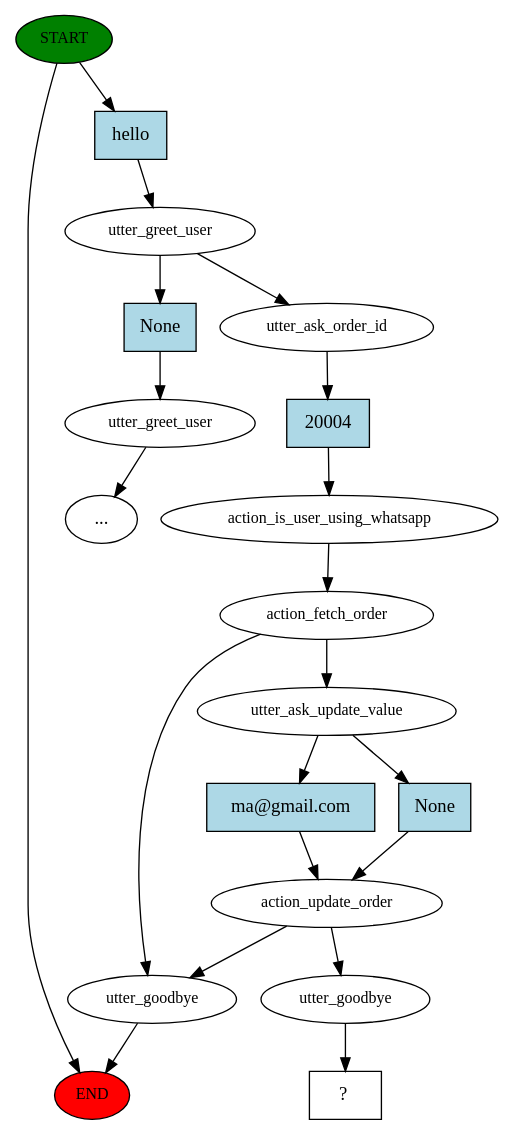
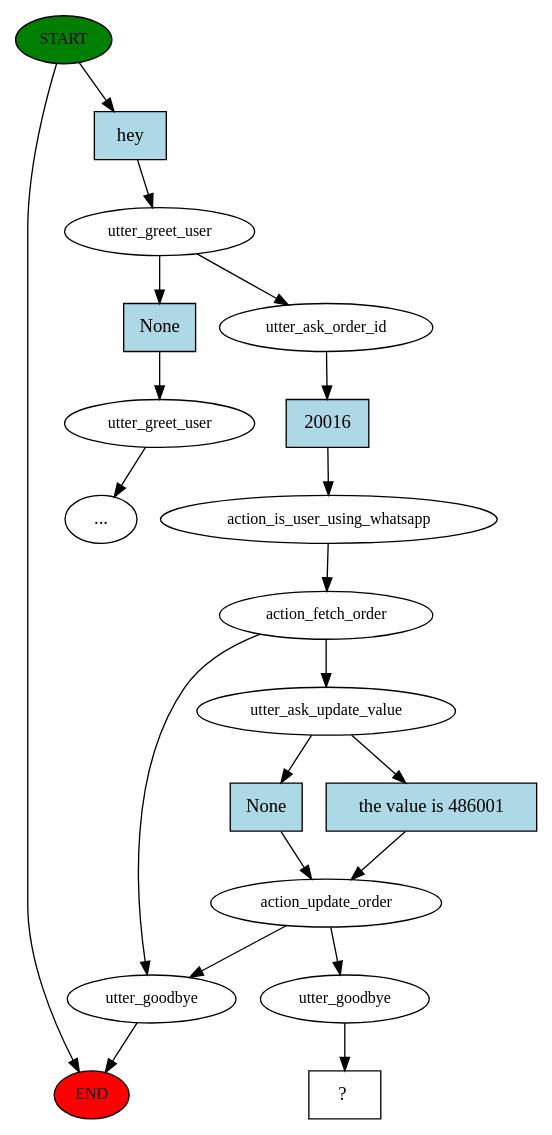
The diagram in story_graph.dot (manavendrasen/Virtual-Assistant-Dell-H2H-Chatbot), drawn with Graphviz before and after one commit. The commit also changed 4 other files, not shown here.

```diff
--- a/story_graph.dot
+++ b/story_graph.dot
@@ -1,40 +1,40 @@
 digraph  {
 0 [class="start active", fillcolor=green, fontsize=12, label=START, style=filled];
 "-1" [class=end, fillcolor=red, fontsize=12, label=END, style=filled];
 1 [class=active, fontsize=12, label=utter_greet_user];
 2 [class=active, fontsize=12, label=utter_ask_order_id];
 3 [class=active, fontsize=12, label=action_is_user_using_whatsapp];
 4 [class=active, fontsize=12, label=action_fetch_order];
 5 [class=active, fontsize=12, label=utter_ask_update_value];
 6 [class=active, fontsize=12, label=action_update_order];
 7 [class="", fontsize=12, label=utter_goodbye];
 14 [class="", fontsize=12, label=utter_greet_user];
 "-3" [class=ellipsis, label="..."];
 28 [class=active, fontsize=12, label=utter_goodbye];
 29 [class="intent dashed active", label="  ?  ", shape=rect];
-30 [class="intent active", fillcolor=lightblue, label=hello, shape=rect, style=filled];
+30 [class="intent active", fillcolor=lightblue, label=hey, shape=rect, style=filled];
 31 [class=intent, fillcolor=lightblue, label=None, shape=rect, style=filled];
-32 [class="intent active", fillcolor=lightblue, label=20004, shape=rect, style=filled];
-33 [class="intent active", fillcolor=lightblue, label="ma@gmail.com", shape=rect, style=filled];
-34 [class=intent, fillcolor=lightblue, label=None, shape=rect, style=filled];
+32 [class="intent active", fillcolor=lightblue, label=20016, shape=rect, style=filled];
+33 [class=intent, fillcolor=lightblue, label=None, shape=rect, style=filled];
+34 [class="intent active", fillcolor=lightblue, label="the value is 486001", shape=rect, style=filled];
 0 -> "-1"  [class="", key=NONE, label=""];
 0 -> 30  [class=active, key=0];
 1 -> 2  [class=active, key=NONE, label=""];
 1 -> 31  [class="", key=0];
 2 -> 32  [class=active, key=0];
 3 -> 4  [class=active, key=NONE, label=""];
 4 -> 5  [class=active, key=NONE, label=""];
 4 -> 7  [class="", key=NONE, label=""];
-5 -> 33  [class=active, key=0];
-5 -> 34  [class="", key=0];
+5 -> 33  [class="", key=0];
+5 -> 34  [class=active, key=0];
 6 -> 7  [class="", key=NONE, label=""];
 6 -> 28  [class=active, key=NONE, label=""];
 7 -> "-1"  [class="", key=NONE, label=""];
 14 -> "-3"  [class="", key=NONE, label=""];
 28 -> 29  [class=active, key=NONE, label=""];
 30 -> 1  [class=active, key=0];
 31 -> 14  [class="", key=0];
 32 -> 3  [class=active, key=0];
-33 -> 6  [class=active, key=0];
-34 -> 6  [class="", key=0];
+33 -> 6  [class="", key=0];
+34 -> 6  [class=active, key=0];
 }
```
